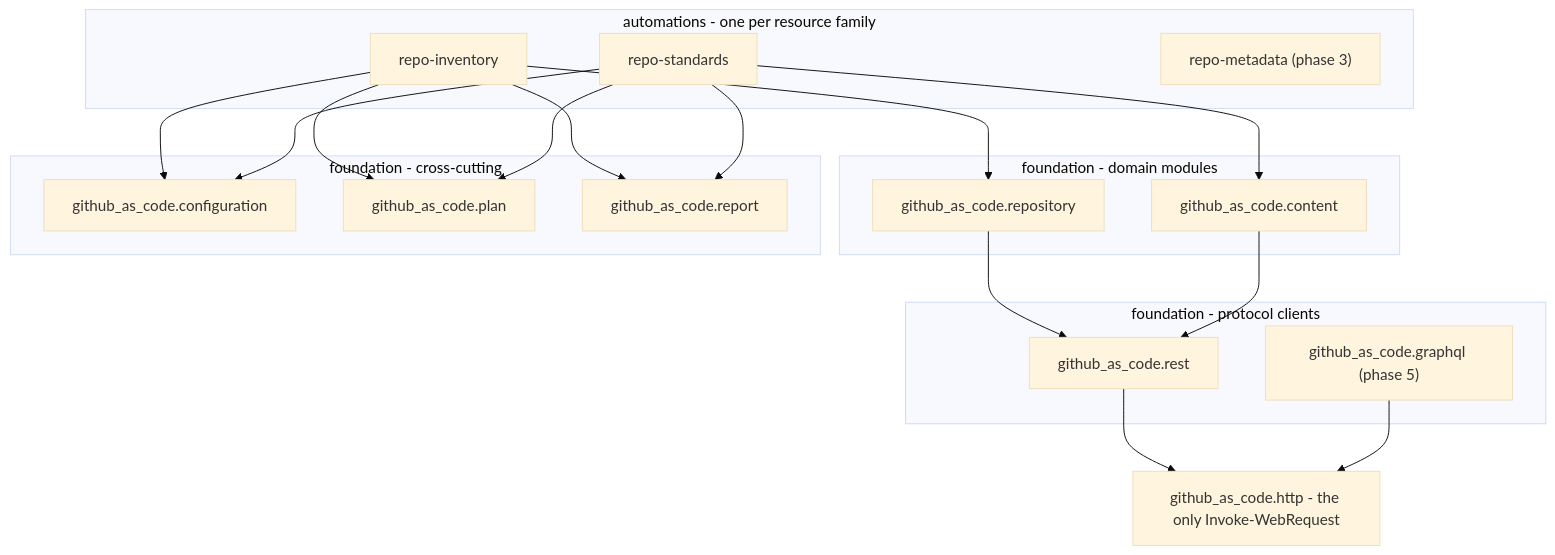
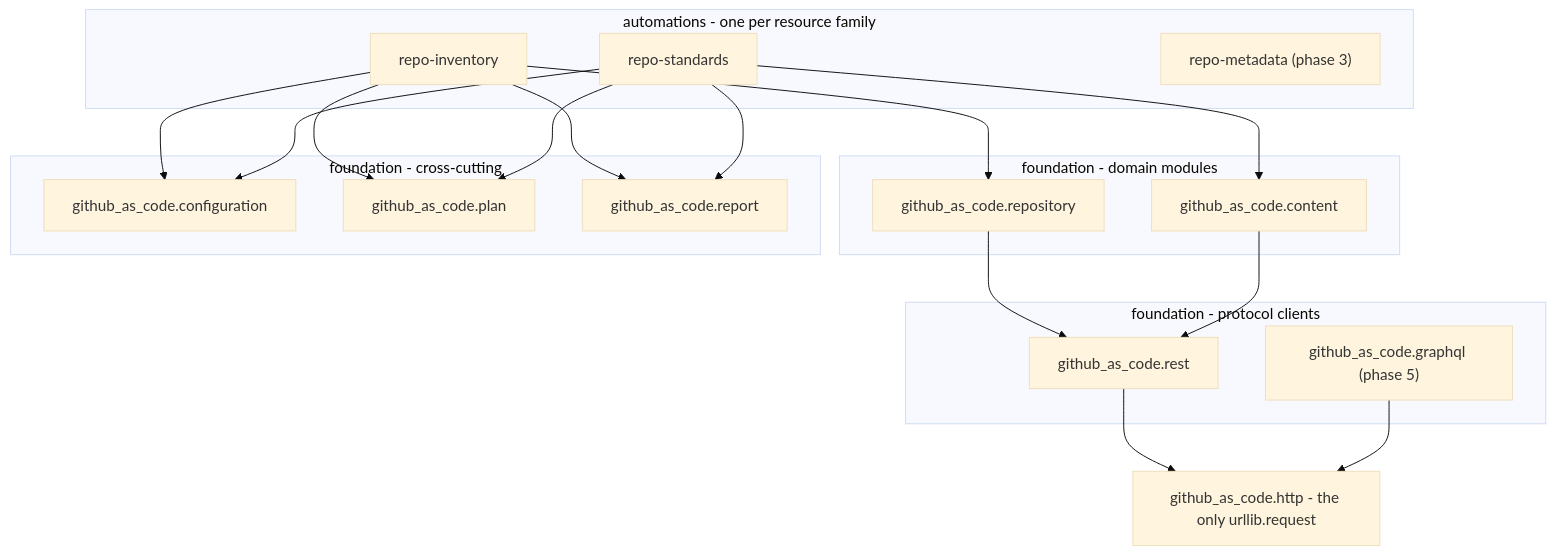
Before and after one commit to nehemias1999/GitHub_AsCode: the diagram in README.md, drawn with Mermaid (base theme). The commit also changed other lines of this file and 14 other files, not shown here.

````diff
--- a/README.md
+++ b/README.md
@@ -67,35 +67,35 @@
 ```mermaid
 flowchart TD
     subgraph entry [automations - one per resource family]
         RI[repo-inventory]
         RS[repo-standards]
         RM["repo-metadata (phase 3)"]
     end
     subgraph domain [foundation - domain modules]
         REPO[github_as_code.repository]
         CONT[github_as_code.content]
     end
     subgraph client [foundation - protocol clients]
         REST[github_as_code.rest]
         GQL["github_as_code.graphql (phase 5)"]
     end
     subgraph cross [foundation - cross-cutting]
         CF[github_as_code.configuration]
         PL[github_as_code.plan]
         RP[github_as_code.report]
     end
-    HTTP["github_as_code.http - the only Invoke-WebRequest"]
+    HTTP["github_as_code.http - the only urllib.request"]
 
     RI --> REPO
     RS --> CONT
     RI --> PL
     RI --> RP
     RI --> CF
     RS --> PL
     RS --> RP
     RS --> CF
     REPO --> REST
     CONT --> REST
     REST --> HTTP
     GQL --> HTTP
 ```
````
